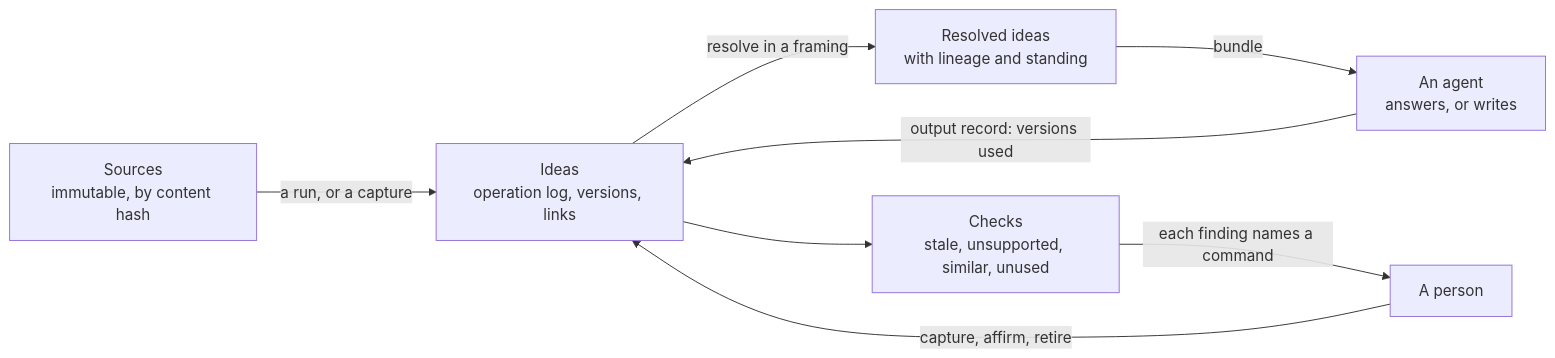
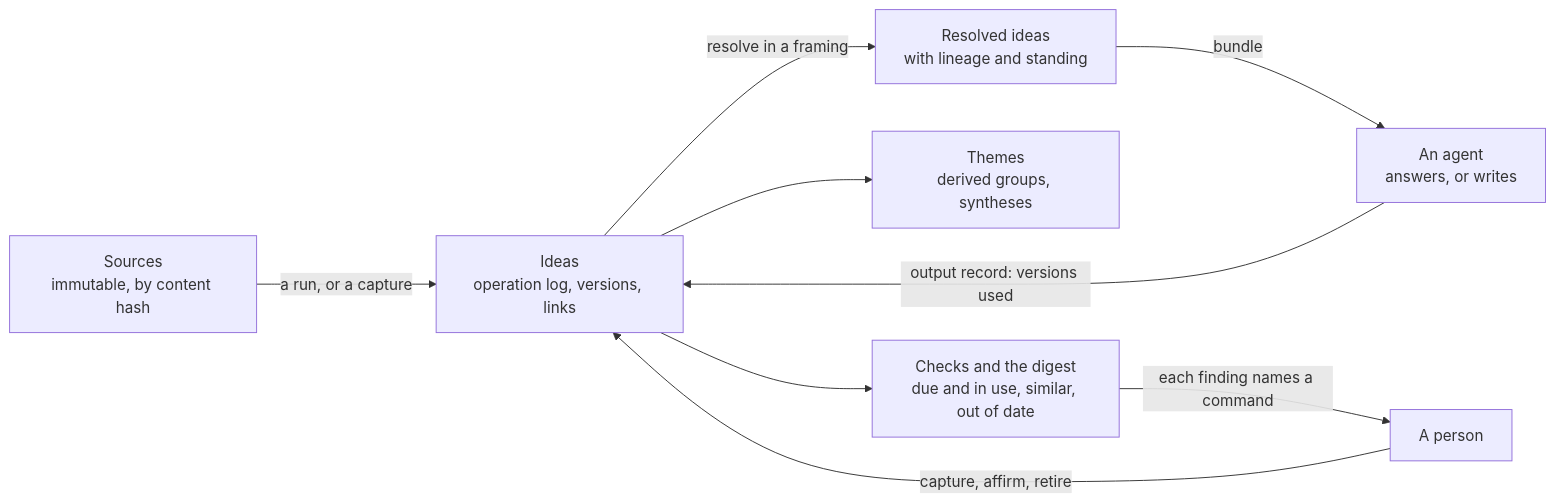
One commit to lushly-dev/afd changed the diagram in docs/features/proposed/ideas/ideas.proposal.md. Above: the diagram before and after it, drawn with Mermaid. The commit also changed other lines of this file and 2 other files, not shown here.

````diff
--- a/docs/features/proposed/ideas/ideas.proposal.md
+++ b/docs/features/proposed/ideas/ideas.proposal.md
@@ -159,10 +199,11 @@
 ```mermaid
 flowchart LR
     S["Sources<br/>immutable, by content hash"] -->|"a run, or a capture"| I["Ideas<br/>operation log, versions, links"]
     P["A person"] -->|capture, affirm, retire| I
     I -->|resolve in a framing| R["Resolved ideas<br/>with lineage and standing"]
     R -->|bundle| A["An agent<br/>answers, or writes"]
     A -->|output record: versions used| I
-    I --> H["Checks<br/>stale, unsupported, similar, unused"]
+    I --> T["Themes<br/>derived groups, syntheses"]
+    I --> H["Checks and the digest<br/>due and in use, similar, out of date"]
     H -->|"each finding names a command"| P
 ```
````
